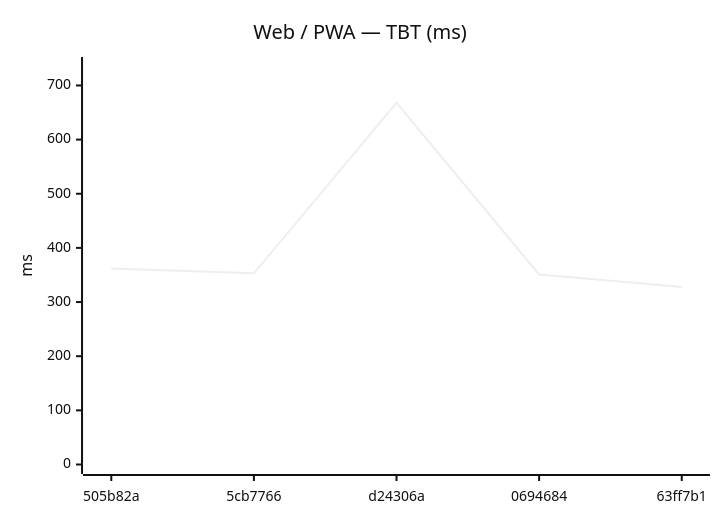
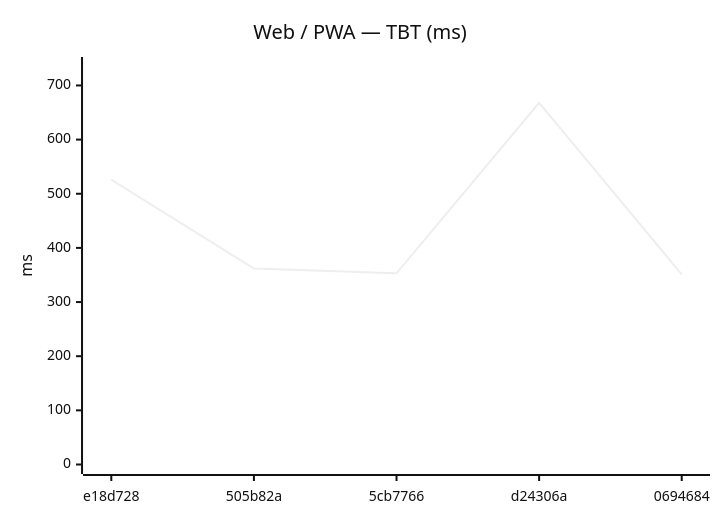
One commit to Metaheurist/Rianell changed the eighth of 18 diagrams in benchmarks/compare.md. Above: the diagram before and after it, drawn with Mermaid (neutral theme). The commit also changed other lines of this file and 11 other files, not shown here.

````diff
--- a/benchmarks/compare.md
+++ b/benchmarks/compare.md
@@ -124,7 +124,7 @@
 ```mermaid
 xychart-beta
     title "Web / PWA — TBT (ms)"
-    x-axis ["505b82a", "5cb7766", "d24306a", "0694684", "63ff7b1"]
+    x-axis ["e18d728", "505b82a", "5cb7766", "d24306a", "0694684"]
     y-axis "ms" 0 --> 735
-    line [362, 353, 668, 351, 328]
+    line [526, 362, 353, 668, 351]
 ```
````
